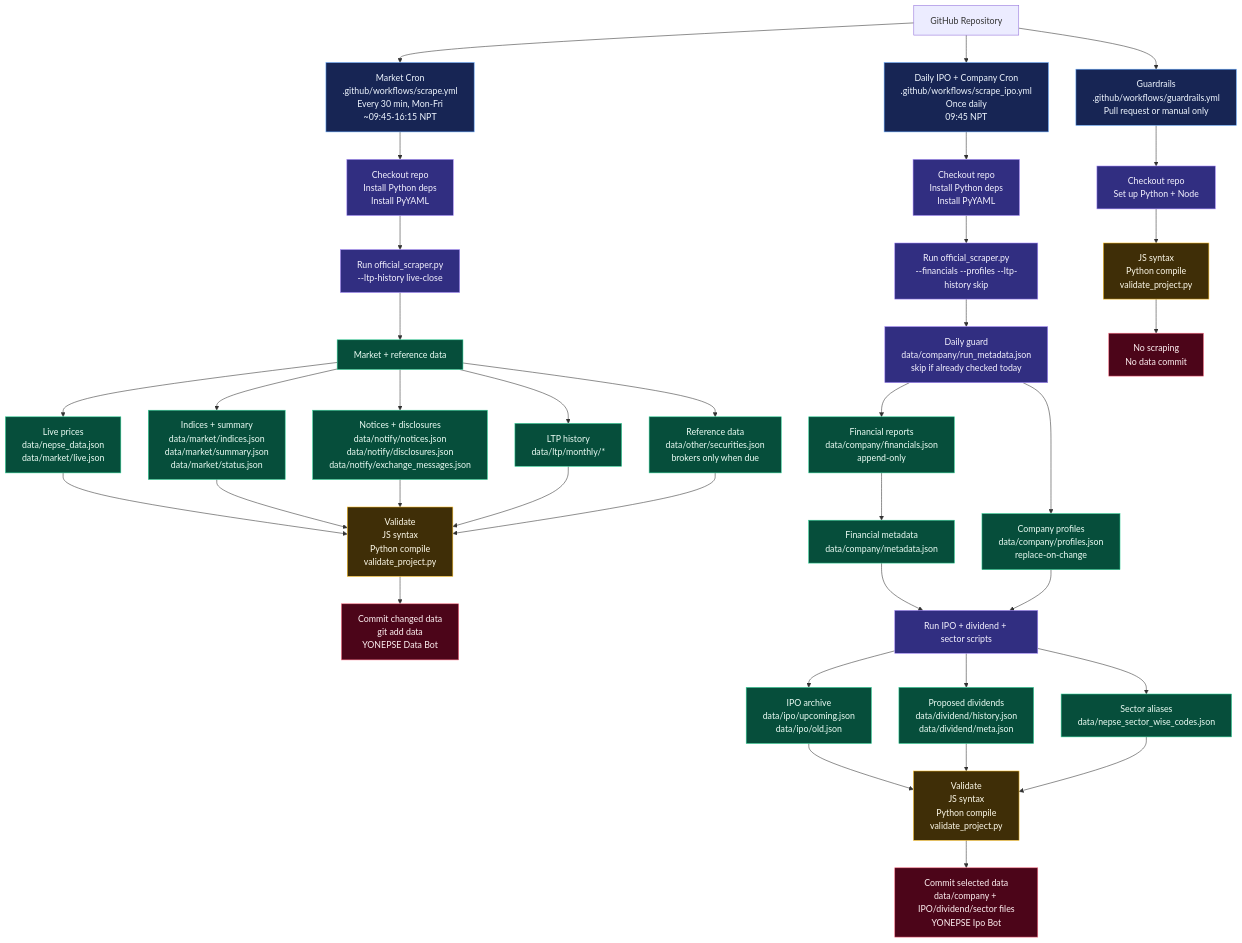
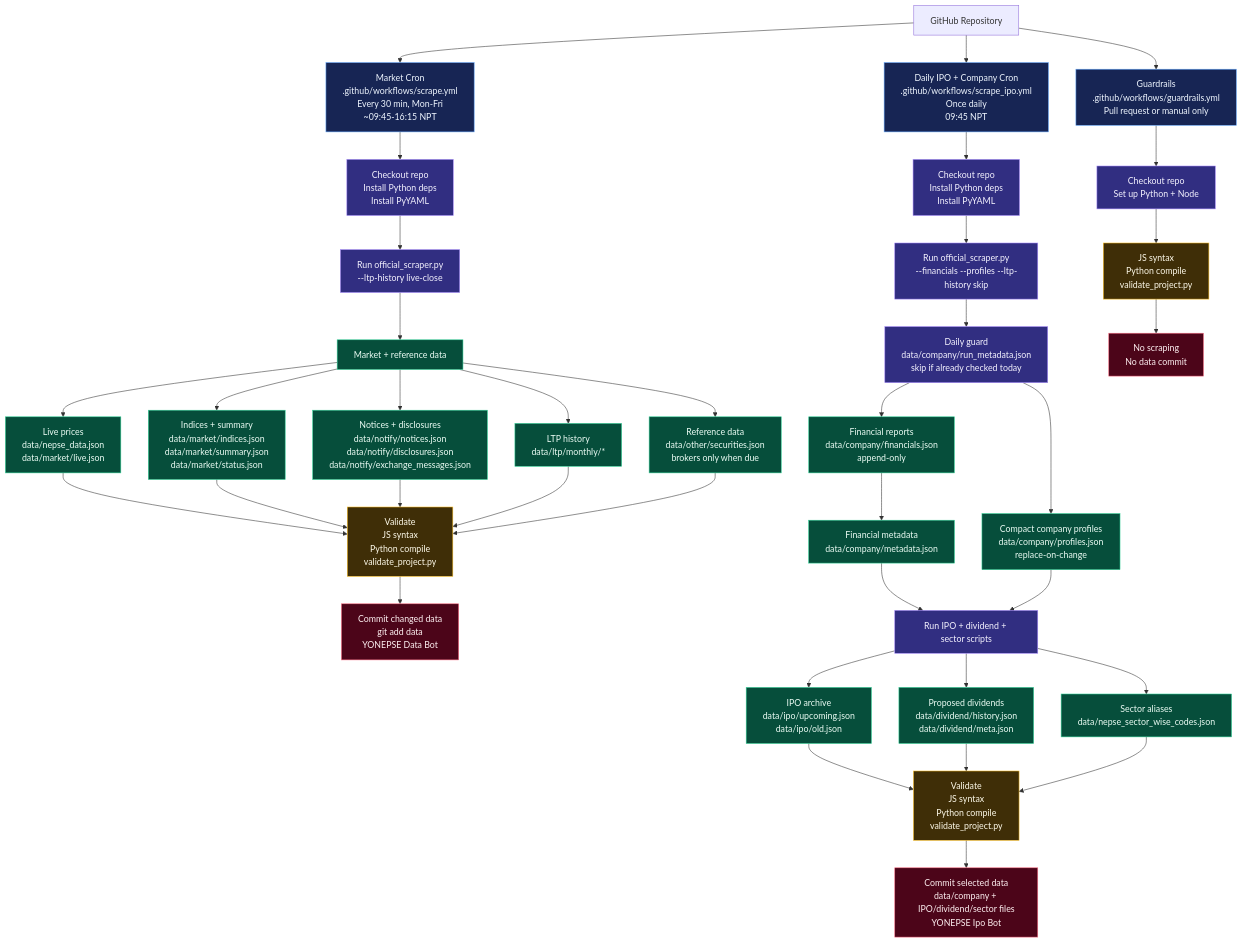
One commit to Shubhamnpk/yonepse changed the diagram in WORKFLOW.md. Above: the diagram before and after it, drawn with Mermaid. The commit also changed other lines of this file and 9 other files, not shown here.

````diff
--- a/WORKFLOW.md
+++ b/WORKFLOW.md
@@ -5,64 +5,64 @@
 ```mermaid
 flowchart TD
     Repo[GitHub Repository] --> MarketCron
     Repo --> DailyCron
     Repo --> Guardrails
 
     MarketCron["Market Cron<br/>.github/workflows/scrape.yml<br/>Every 30 min, Mon-Fri<br/>~09:45-16:15 NPT"]
     DailyCron["Daily IPO + Company Cron<br/>.github/workflows/scrape_ipo.yml<br/>Once daily<br/>09:45 NPT"]
     Guardrails["Guardrails<br/>.github/workflows/guardrails.yml<br/>Pull request or manual only"]
 
     MarketCron --> MarketSetup["Checkout repo<br/>Install Python deps<br/>Install PyYAML"]
     MarketSetup --> MarketRun["Run official_scraper.py<br/>--ltp-history live-close"]
 
     MarketRun --> MarketData["Market + reference data"]
     MarketData --> LiveFiles["Live prices<br/>data/nepse_data.json<br/>data/market/live.json"]
     MarketData --> IndexFiles["Indices + summary<br/>data/market/indices.json<br/>data/market/summary.json<br/>data/market/status.json"]
     MarketData --> NotifyFiles["Notices + disclosures<br/>data/notify/notices.json<br/>data/notify/disclosures.json<br/>data/notify/exchange_messages.json"]
     MarketData --> LtpFiles["LTP history<br/>data/ltp/monthly/*"]
     MarketData --> OtherFiles["Reference data<br/>data/other/securities.json<br/>brokers only when due"]
 
     LiveFiles --> MarketValidate
     IndexFiles --> MarketValidate
     NotifyFiles --> MarketValidate
     LtpFiles --> MarketValidate
     OtherFiles --> MarketValidate
 
     MarketValidate["Validate<br/>JS syntax<br/>Python compile<br/>validate_project.py"] --> MarketCommit["Commit changed data<br/>git add data<br/>YONEPSE Data Bot"]
 
     DailyCron --> DailySetup["Checkout repo<br/>Install Python deps<br/>Install PyYAML"]
     DailySetup --> CompanyRun["Run official_scraper.py<br/>--financials --profiles --ltp-history skip"]
 
     CompanyRun --> DailyGuard["Daily guard<br/>data/company/run_metadata.json<br/>skip if already checked today"]
     DailyGuard --> Financials["Financial reports<br/>data/company/financials.json<br/>append-only"]
-    DailyGuard --> Profiles["Company profiles<br/>data/company/profiles.json<br/>replace-on-change"]
+    DailyGuard --> Profiles["Compact company profiles<br/>data/company/profiles.json<br/>replace-on-change"]
     Financials --> CompanyMeta["Financial metadata<br/>data/company/metadata.json"]
 
     CompanyMeta --> IpoRun
     Profiles --> IpoRun
     IpoRun["Run IPO + dividend + sector scripts"]
     IpoRun --> IpoFiles["IPO archive<br/>data/ipo/upcoming.json<br/>data/ipo/old.json"]
     IpoRun --> DividendFiles["Proposed dividends<br/>data/dividend/history.json<br/>data/dividend/meta.json"]
     IpoRun --> SectorFiles["Sector aliases<br/>data/nepse_sector_wise_codes.json"]
 
     IpoFiles --> DailyValidate
     DividendFiles --> DailyValidate
     SectorFiles --> DailyValidate
     DailyValidate["Validate<br/>JS syntax<br/>Python compile<br/>validate_project.py"] --> DailyCommit["Commit selected data<br/>data/company + IPO/dividend/sector files<br/>YONEPSE Ipo Bot"]
 
     Guardrails --> GuardSetup["Checkout repo<br/>Set up Python + Node"]
     GuardSetup --> GuardChecks["JS syntax<br/>Python compile<br/>validate_project.py"]
     GuardChecks --> NoCommit["No scraping<br/>No data commit"]
 
     classDef cron fill:#172554,stroke:#60a5fa,color:#eff6ff
     classDef run fill:#312e81,stroke:#a78bfa,color:#f5f3ff
     classDef data fill:#064e3b,stroke:#34d399,color:#ecfdf5
     classDef validate fill:#3f2e07,stroke:#fbbf24,color:#fffbeb
     classDef commit fill:#4c0519,stroke:#fb7185,color:#fff1f2
 
     class MarketCron,DailyCron,Guardrails cron
     class MarketRun,CompanyRun,IpoRun,MarketSetup,DailySetup,GuardSetup,DailyGuard run
     class MarketData,LiveFiles,IndexFiles,NotifyFiles,LtpFiles,OtherFiles,Financials,Profiles,CompanyMeta,IpoFiles,DividendFiles,SectorFiles data
     class MarketValidate,DailyValidate,GuardChecks validate
     class MarketCommit,DailyCommit,NoCommit commit
 ```
````
